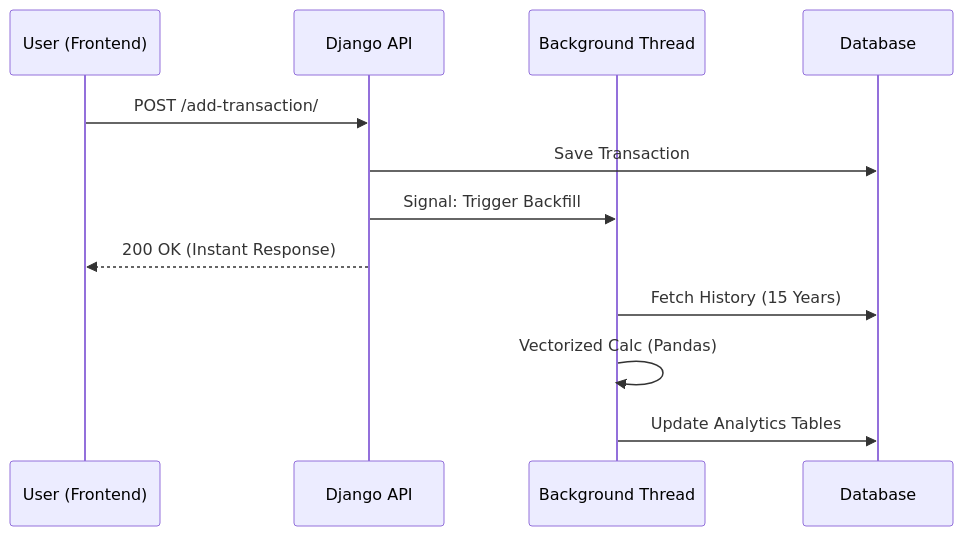
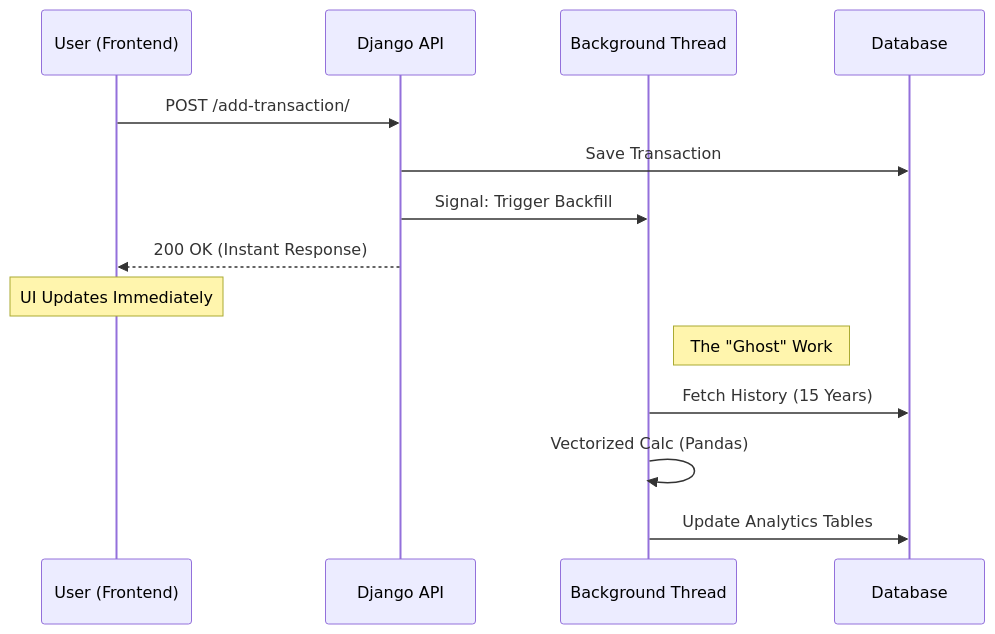
The first of 2 diagrams in README.md (pandaa-69/PandaLedger), drawn with Mermaid before and after one commit. The commit also changed other lines of this file, not shown here.

````diff
--- a/README.md
+++ b/README.md
@@ -39,16 +51,18 @@
 ```mermaid
 sequenceDiagram
     participant U as User (Frontend)
     participant A as Django API
     participant T as Background Thread
     participant D as Database
 
     U->>A: POST /add-transaction/
     A->>D: Save Transaction
     A->>T: Signal: Trigger Backfill
     A-->>U: 200 OK (Instant Response)
-
+    Note over U: UI Updates Immediately
+    
+    Note right of T: The "Ghost" Work
     T->>D: Fetch History (15 Years)
     T->>T: Vectorized Calc (Pandas)
     T->>D: Update Analytics Tables
 ```
````
